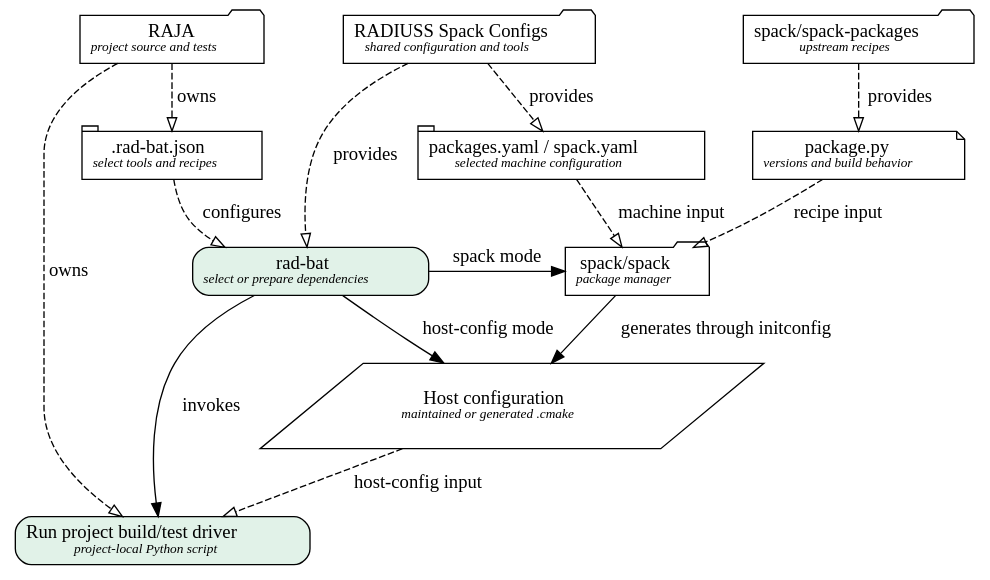
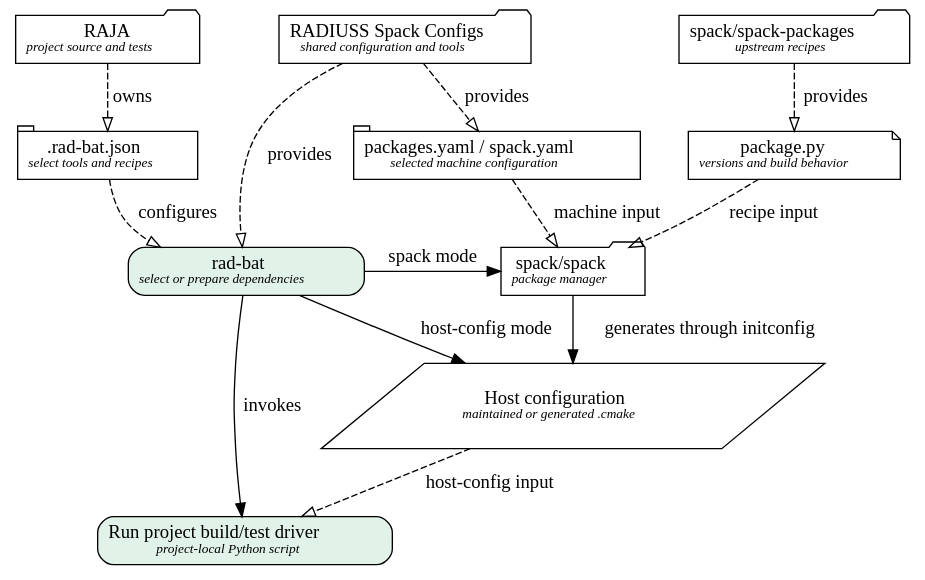
One commit to llnl/radiuss-spack-configs changed the diagram in docs/sphinx/figures/components.dot. Above: the diagram before and after it, drawn with Graphviz.

Commit message:
docs: keep RAJA in project column

```diff
--- a/docs/sphinx/figures/components.dot
+++ b/docs/sphinx/figures/components.dot
@@ -1,83 +1,82 @@
 // SPDX-License-Identifier: MIT
 digraph components {
   rankdir=TB;
   project [
     label=<RAJA<BR/><FONT POINT-SIZE="10"><I>project source and tests</I></FONT>>,
     shape=folder,
     fillcolor="#e3edf7",
     group=project
   ];
   settings [
     label=<.rad-bat.json<BR/><FONT POINT-SIZE="10"><I>select tools and recipes</I></FONT>>,
     shape=tab,
     fillcolor="#eee8f5",
     group=project
   ];
   spack [
     label=<spack/spack<BR/><FONT POINT-SIZE="10"><I>package manager</I></FONT>>,
     shape=folder,
     fillcolor="#e3edf7",
     group=spack
   ];
   recipes [
     label=<spack/spack-packages<BR/><FONT POINT-SIZE="10"><I>upstream recipes</I></FONT>>,
     shape=folder,
     fillcolor="#e3edf7",
     group=recipes
   ];
   recipe [
     label=<package.py<BR/><FONT POINT-SIZE="10"><I>versions and build behavior</I></FONT>>,
     shape=note,
     fillcolor="#fff2cf",
     group=recipes
   ];
   configs [
     label=<RADIUSS Spack Configs<BR/><FONT POINT-SIZE="10"><I>shared configuration and tools</I></FONT>>,
     shape=folder,
     fillcolor="#e3edf7"
   ];
   machine [
     label=<packages.yaml / spack.yaml<BR/><FONT POINT-SIZE="10"><I>selected machine configuration</I></FONT>>,
     shape=tab,
     fillcolor="#eee8f5",
     group=machine
   ];
   radbat [
     label=<rad-bat<BR/><FONT POINT-SIZE="10"><I>select or prepare dependencies</I></FONT>>,
     shape=box,
     style="rounded,filled",
     fillcolor="#e1f2e8",
     group=workflow
   ];
   host [
     label=<Host configuration<BR/><FONT POINT-SIZE="10"><I>maintained or generated .cmake</I></FONT>>,
     shape=parallelogram,
     fillcolor="#dcf2f4",
     group=workflow
   ];
   driver [
     label=<Run project build/test driver<BR/><FONT POINT-SIZE="10"><I>project-local Python script</I></FONT>>,
     shape=box,
     style="rounded,filled",
     fillcolor="#e1f2e8",
     group=workflow
   ];
   { rank=same; project; configs; recipes; }
   { rank=same; settings; machine; recipe; }
   { rank=same; radbat; spack; }
   project -> configs -> recipes [style=invis, weight=100];
   settings -> machine -> recipe [style=invis, weight=100];
-  project -> settings [style=dashed, arrowhead=empty, label="owns"];
-  project -> driver [style=dashed, arrowhead=empty, label="owns"];
+  project -> settings [style=dashed, arrowhead=empty, label="owns", weight=100];
   settings -> radbat [style=dashed, arrowhead=empty, label="configures"];
   recipes -> recipe [style=dashed, arrowhead=empty, label="provides", weight=100];
   configs -> machine [style=dashed, arrowhead=empty, label="provides", weight=10];
   configs -> radbat [style=dashed, arrowhead=empty, label="provides", weight=10];
   recipe -> spack [style=dashed, arrowhead=empty, label="recipe input"];
   machine -> spack [style=dashed, arrowhead=empty, label="machine input"];
   radbat -> spack [label="spack mode"];
   radbat -> host [label="host-config mode"];
   spack -> host [label="generates through initconfig"];
   radbat -> driver [label="invokes"];
   host -> driver [style=dashed, arrowhead=empty, label="host-config input"];
 }
```
